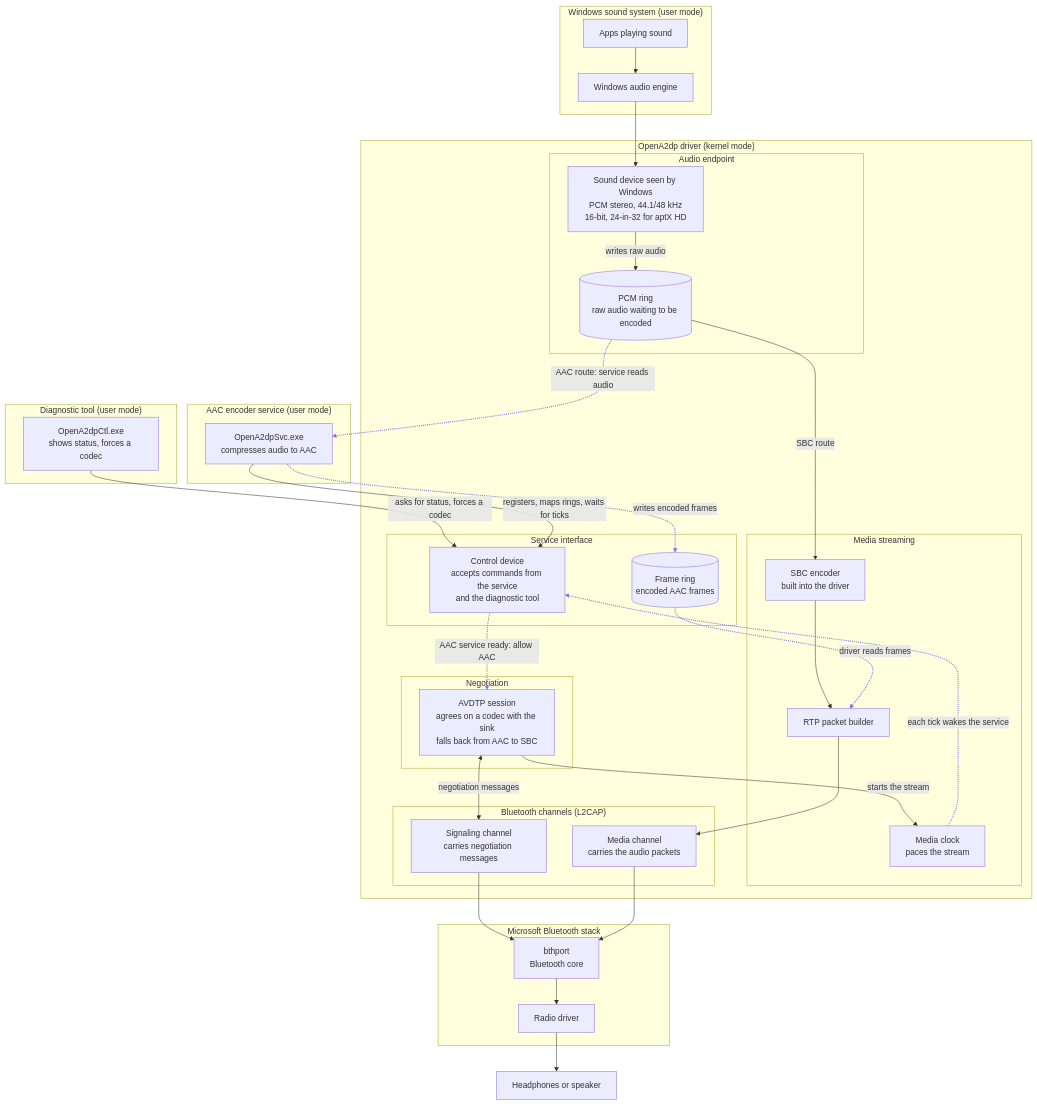
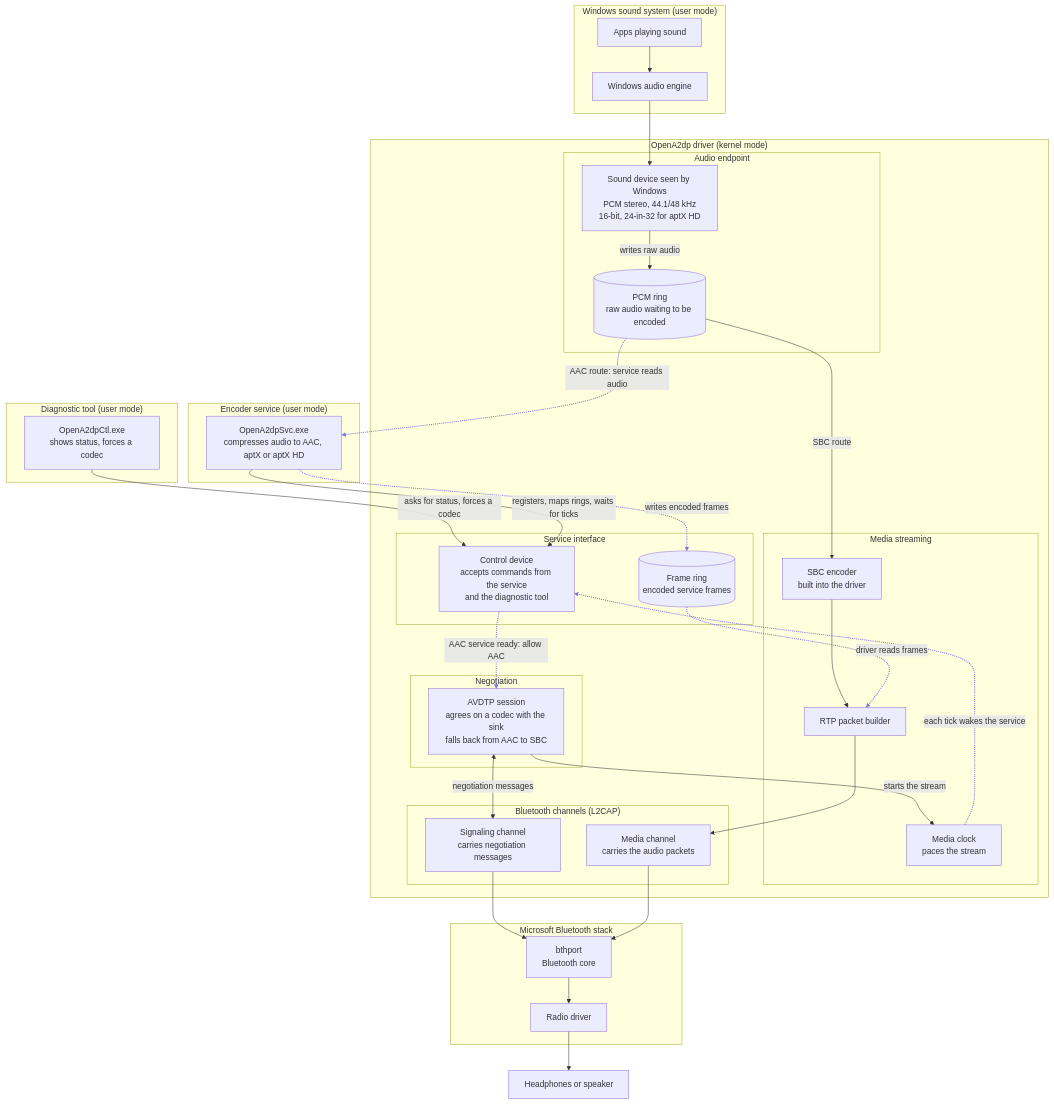
Before and after one commit to giovanni-bozzano/open-a2dp: the diagram in docs/architecture/Overview.md, drawn with Mermaid. The commit also changed other lines of this file and 1 other file, not shown here.

First line of the commit message:
docs: list the aptX encoders in the component overview

````diff
--- a/docs/architecture/Overview.md
+++ b/docs/architecture/Overview.md
@@ -26,72 +27,72 @@
 ```mermaid
 flowchart TD
     subgraph WIN["Windows sound system (user mode)"]
         APP["Apps playing sound"]
         AE["Windows audio engine"]
     end
 
-    subgraph AACSVC["AAC encoder service (user mode)"]
-        SVC["OpenA2dpSvc.exe<br/>compresses audio to AAC"]
+    subgraph AACSVC["Encoder service (user mode)"]
+        SVC["OpenA2dpSvc.exe<br/>compresses audio to AAC, aptX or aptX HD"]
     end
 
     subgraph TOOL["Diagnostic tool (user mode)"]
         CLI["OpenA2dpCtl.exe<br/>shows status, forces a codec"]
     end
 
     subgraph DRV["OpenA2dp driver (kernel mode)"]
         subgraph AUD["Audio endpoint"]
             ACX["Sound device seen by Windows<br/>PCM stereo, 44.1/48 kHz<br/>16-bit, 24-in-32 for aptX HD"]
             PCM[("PCM ring<br/>raw audio waiting to be encoded")]
         end
 
         subgraph NEG["Negotiation"]
             SES["AVDTP session<br/>agrees on a codec with the sink<br/>falls back from AAC to SBC"]
         end
 
         subgraph STR["Media streaming"]
             CLK["Media clock<br/>paces the stream"]
             SBC["SBC encoder<br/>built into the driver"]
             RTP["RTP packet builder"]
         end
 
         subgraph SVI["Service interface"]
             CTL["Control device<br/>accepts commands from the service<br/>and the diagnostic tool"]
-            FR[("Frame ring<br/>encoded AAC frames")]
+            FR[("Frame ring<br/>encoded service frames")]
         end
 
         subgraph CHN["Bluetooth channels (L2CAP)"]
             SCH["Signaling channel<br/>carries negotiation messages"]
             MCH["Media channel<br/>carries the audio packets"]
         end
     end
 
     subgraph MS["Microsoft Bluetooth stack"]
         BTH["bthport<br/>Bluetooth core"]
         RAD["Radio driver"]
     end
 
     HP["Headphones or speaker"]
 
     APP --> AE --> ACX
     ACX -->|writes raw audio| PCM
     PCM -->|SBC route| SBC
     SBC --> RTP
     PCM -.->|AAC route: service reads audio| SVC
     SVC -.->|writes encoded frames| FR
     FR -.->|driver reads frames| RTP
 
     SES -->|starts the stream| CLK
     SES <-->|negotiation messages| SCH
     RTP --> MCH
 
     SCH --> BTH
     MCH --> BTH
     BTH --> RAD --> HP
 
     CLI -->|asks for status, forces a codec| CTL
     SVC -->|registers, maps rings, waits for ticks| CTL
     CTL -.->|AAC service ready: allow AAC| SES
     CLK -.->|each tick wakes the service| CTL
 
     linkStyle 5,6,7,17,18 stroke:#7F77DD,stroke-width:2px
 ```
````
